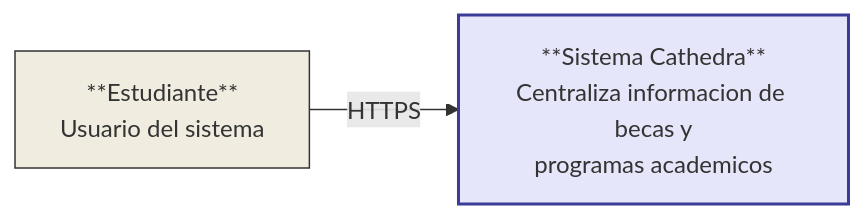
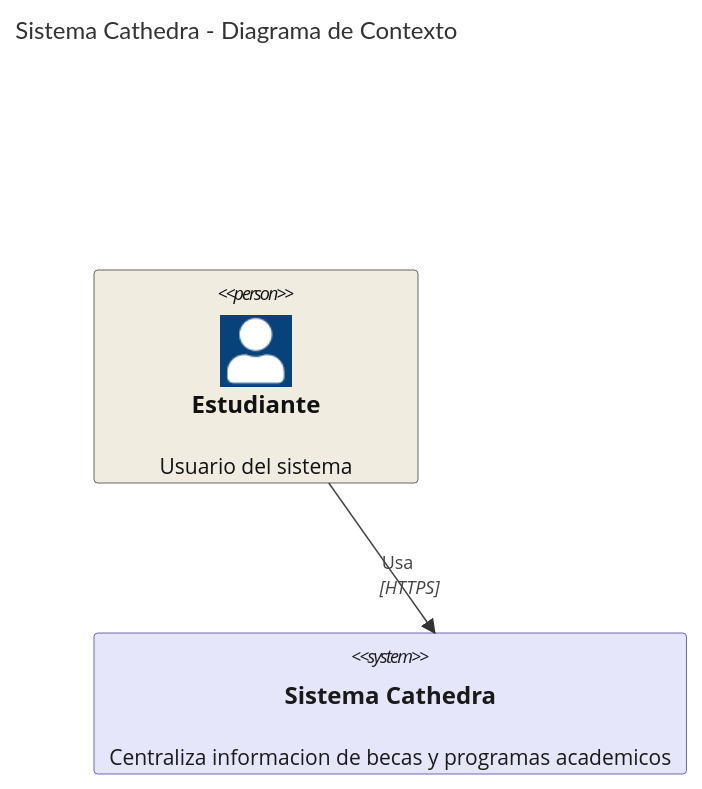
One commit to davidmalaver98/cathedra-no-bd changed the first of 2 diagrams in README.md. Above: the diagram before and after it, drawn with Mermaid. The commit also changed other lines of this file, not shown here.

````diff
--- a/README.md
+++ b/README.md
@@ -6,10 +6,12 @@
 ```mermaid
-graph LR
-    Estudiante["**Estudiante**<br/>Usuario del sistema"]
-    Cathedra["**Sistema Cathedra**<br/>Centraliza informacion de becas y<br/>programas academicos"]
+C4Context
+    title Sistema Cathedra - Diagrama de Contexto
 
-    Estudiante -->|HTTPS| Cathedra
+    Person(estudiante, "Estudiante", "Usuario del sistema")
+    System(cathedra, "Sistema Cathedra", "Centraliza informacion de becas y programas academicos")
 
-    style Estudiante fill:#f0ede0,stroke:#333,stroke-width:1px
-    style Cathedra fill:#e6e6fa,stroke:#3b3b98,stroke-width:2px
+    Rel(estudiante, cathedra, "Usa", "HTTPS")
+
+    UpdateElementStyle(estudiante, $bgColor="#f0ede0", $borderColor="#333333", $fontColor="#111111")
+    UpdateElementStyle(cathedra, $bgColor="#e6e6fa", $borderColor="#3b3b98", $fontColor="#1a1a1a")
 ```
````
